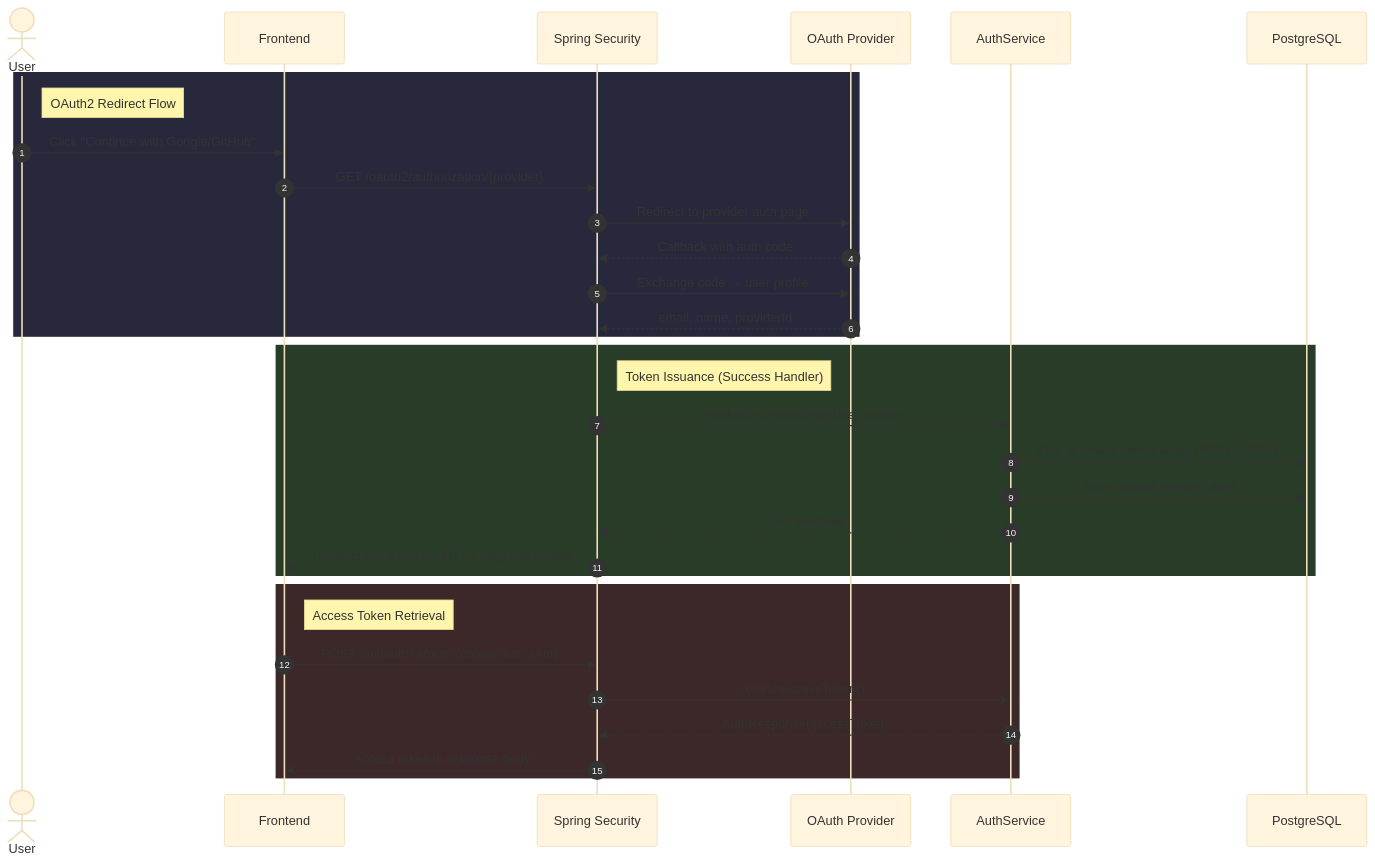
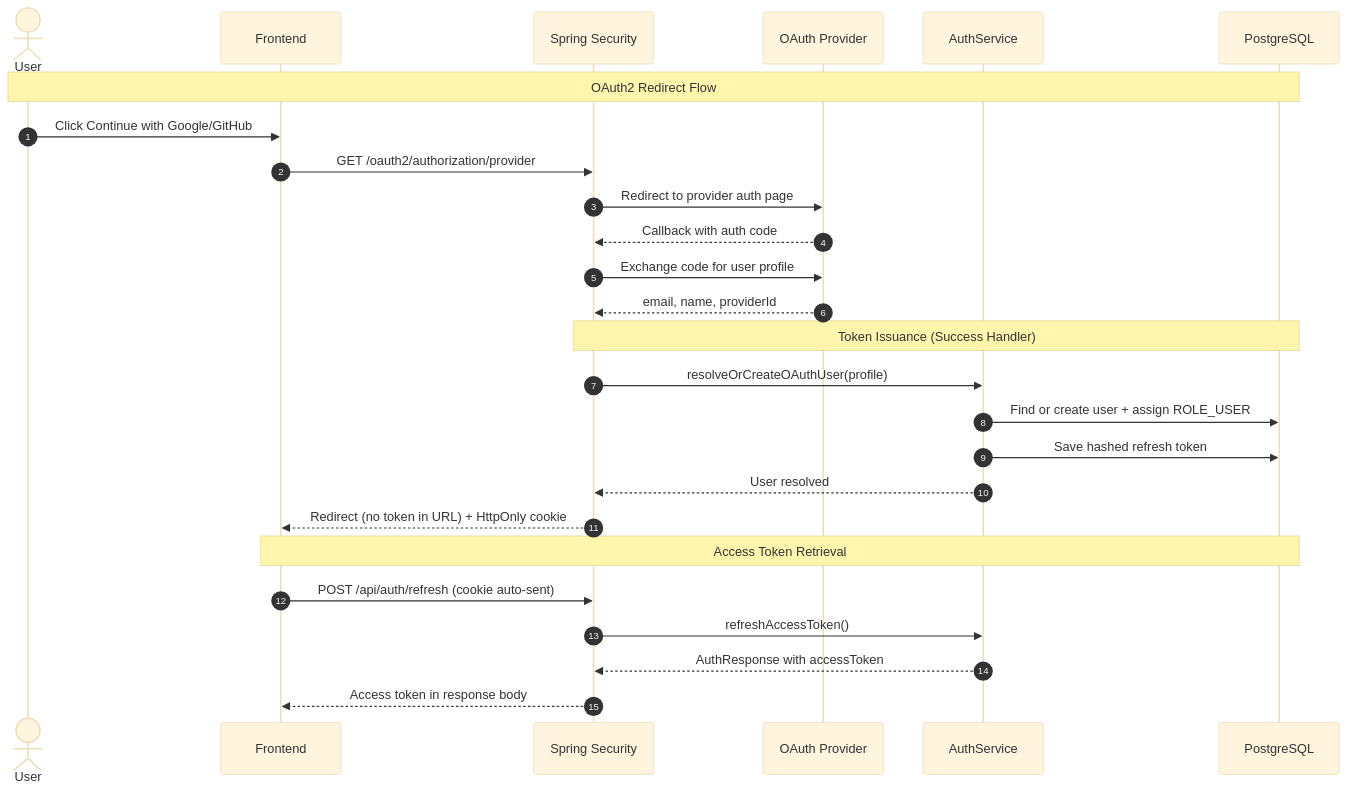
The ninth of 12 diagrams in README.md (himanshugupta91/Full-Stack-Authentication-System), drawn with Mermaid (base theme) before and after one commit. The commit also changed other lines of this file, not shown here.

Commit message:
Fix sequence diagrams: remove rect rgb() blocks unsupported by GitHub mermaid renderer

````diff
--- a/README.md
+++ b/README.md
@@ -447,37 +431,31 @@
 ```mermaid
 sequenceDiagram
     autonumber
     actor User
     participant FE as Frontend
     participant SEC as Spring Security
     participant OP as OAuth Provider
     participant SVC as AuthService
     participant DB as PostgreSQL
 
-    rect rgb(40, 40, 60)
-    Note right of User: OAuth2 Redirect Flow
-    User->>FE: Click "Continue with Google/GitHub"
-    FE->>SEC: GET /oauth2/authorization/{provider}
+    Note over User,DB: OAuth2 Redirect Flow
+    User->>FE: Click Continue with Google/GitHub
+    FE->>SEC: GET /oauth2/authorization/provider
     SEC->>OP: Redirect to provider auth page
     OP-->>SEC: Callback with auth code
-    SEC->>OP: Exchange code → user profile
+    SEC->>OP: Exchange code for user profile
     OP-->>SEC: email, name, providerId
-    end
 
-    rect rgb(40, 60, 40)
-    Note right of SEC: Token Issuance (Success Handler)
+    Note over SEC,DB: Token Issuance (Success Handler)
     SEC->>SVC: resolveOrCreateOAuthUser(profile)
     SVC->>DB: Find or create user + assign ROLE_USER
     SVC->>DB: Save hashed refresh token
     SVC-->>SEC: User resolved
     SEC-->>FE: Redirect (no token in URL) + HttpOnly cookie
-    end
 
-    rect rgb(60, 40, 40)
-    Note right of FE: Access Token Retrieval
+    Note over FE,DB: Access Token Retrieval
     FE->>SEC: POST /api/auth/refresh (cookie auto-sent)
     SEC->>SVC: refreshAccessToken()
-    SVC-->>SEC: AuthResponse(accessToken)
+    SVC-->>SEC: AuthResponse with accessToken
     SEC-->>FE: Access token in response body
-    end
 ```
````
